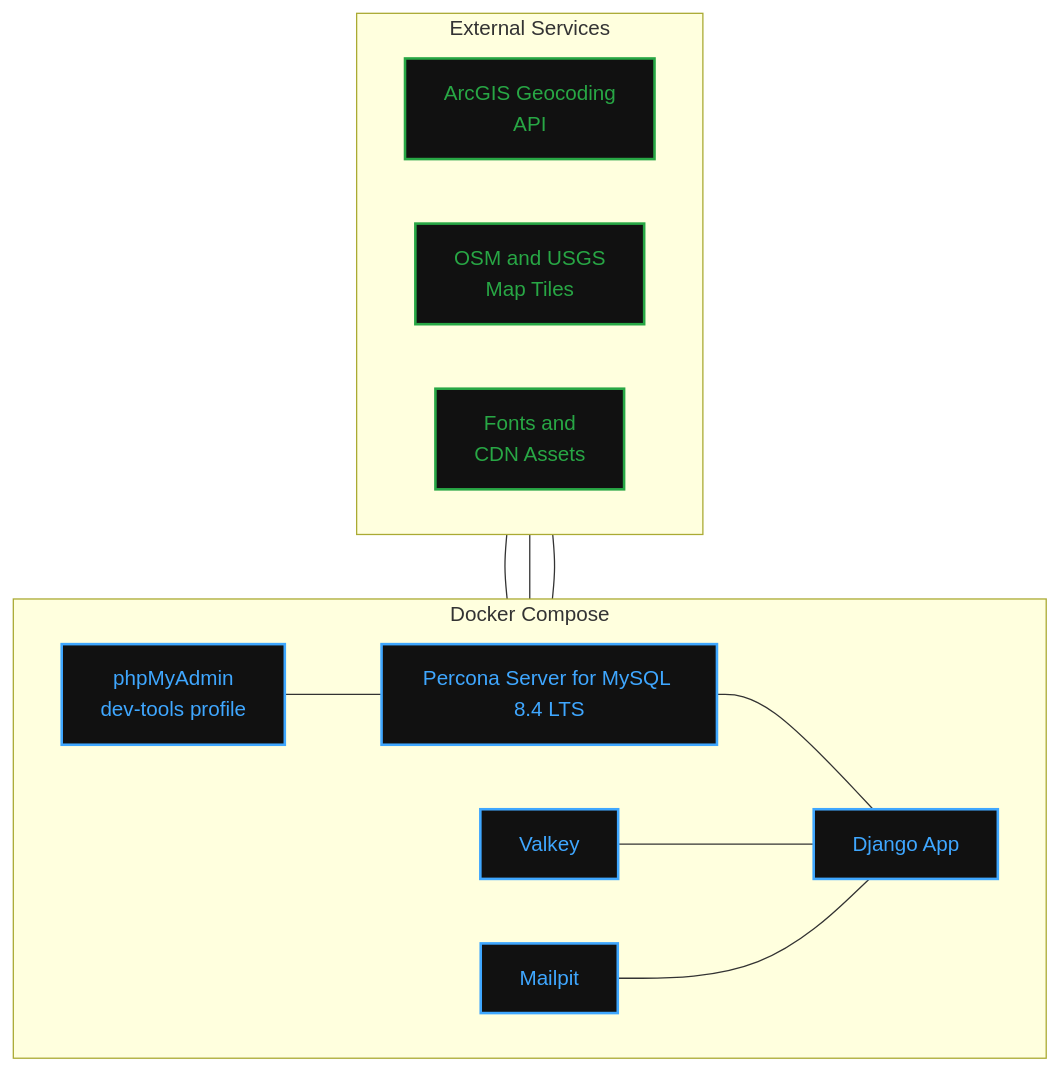
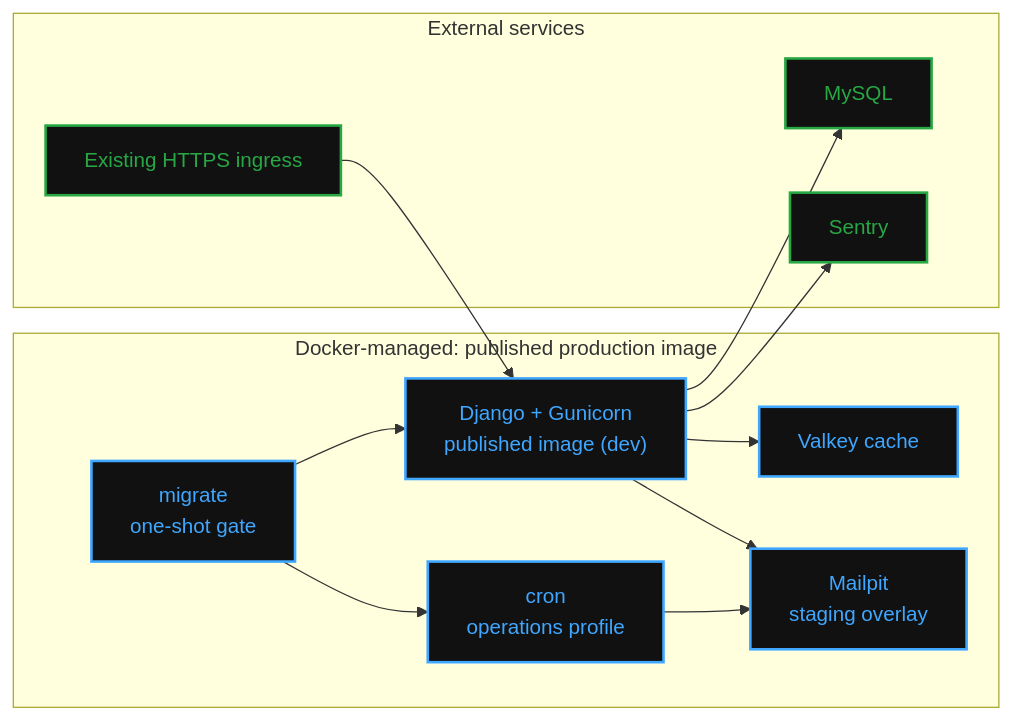
The second of 3 diagrams in README.md (osu-cass/hemp-db), drawn with Mermaid before and after one commit. The commit also changed other lines of this file and 48 other files, not shown here.

````diff
--- a/README.md
+++ b/README.md
@@ -178,31 +183,30 @@
 ```mermaid
-flowchart TB
-    subgraph external[External Services]
-        direction LR
-        arcgis["ArcGIS Geocoding<br/>API"]
-        maps["OSM and USGS<br/>Map Tiles"]
-        cdn["Fonts and<br/>CDN Assets"]
+flowchart LR
+    subgraph docker["Docker-managed: published production image"]
+        migrate["migrate<br/>one-shot gate"]
+        app["Django + Gunicorn<br/>published image (dev)"]
+        cron["cron<br/>operations profile"]
+        valkey["Valkey cache"]
+        mailpit["Mailpit<br/>staging overlay"]
     end
 
-    subgraph docker[Docker Compose]
-        direction LR
-        django[Django App]
-        mysql["Percona Server for MySQL 8.4 LTS"]
-        valkey[Valkey]
-        mailpit[Mailpit]
-        phpmyadmin["phpMyAdmin<br/>dev-tools profile"]
+    subgraph external["External services"]
+        mysql[MySQL]
+        sentry[Sentry]
+        ingress["Existing HTTPS ingress"]
     end
 
-    mysql --- django
-    valkey --- django
-    mailpit --- django
-    phpmyadmin --- mysql
-    arcgis --- django
-    maps --- django
-    cdn --- django
+    migrate --> app
+    migrate --> cron
+    app --> mysql
+    app --> valkey
+    app --> mailpit
+    cron --> mailpit
+    app --> sentry
+    ingress --> app
 
     classDef externalService fill:#111,stroke:#28a745,color:#28a745,stroke-width:2px
     classDef dockerService fill:#111,stroke:#3fa7ff,color:#3fa7ff,stroke-width:2px
-    class arcgis,maps,cdn externalService
-    class django,mysql,valkey,mailpit,phpmyadmin dockerService
+    class mysql,sentry,ingress externalService
+    class migrate,app,cron,valkey,mailpit dockerService
 ```
````
